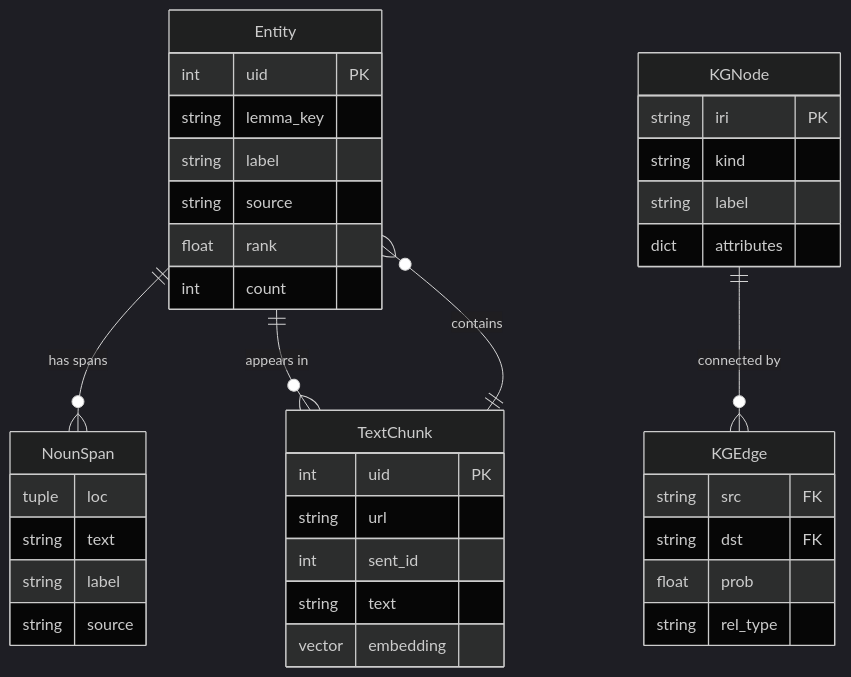
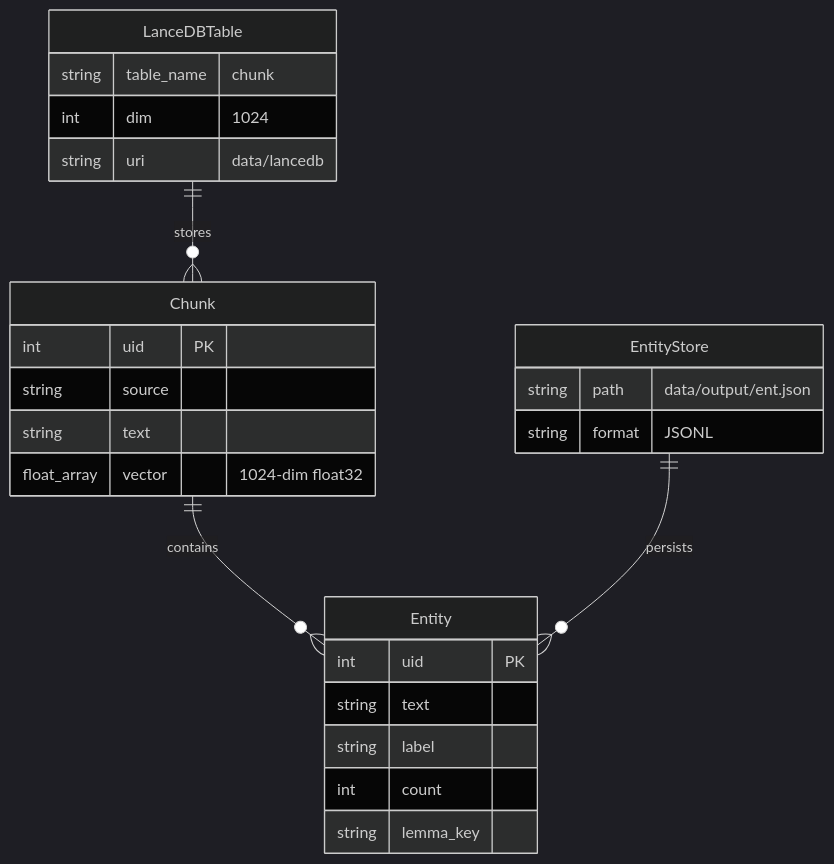
The sixth of 7 diagrams in docs/01_project_structure_and_flow.md (laurus-kpa007/GraphRAG-Senzing), drawn with Mermaid (dark theme) before and after one commit. The commit also changed other lines of this file and 4 other files, not shown here.

````diff
--- a/docs/01_project_structure_and_flow.md
+++ b/docs/01_project_structure_and_flow.md
@@ -350,45 +321,32 @@
 ```mermaid
 erDiagram
+    Chunk {
+        int uid PK
+        string source
+        string text
+        float_array vector "1024-dim float32"
+    }
+
     Entity {
         int uid PK
+        string text
+        string label
+        int count
         string lemma_key
-        string label
-        string source
-        float rank
-        int count
     }
 
-    TextChunk {
-        int uid PK
-        string url
-        int sent_id
-        string text
-        vector embedding
+    LanceDBTable {
+        string table_name "chunk"
+        int dim "1024"
+        string uri "data/lancedb"
     }
 
-    KGNode {
-        string iri PK
-        string kind
-        string label
-        dict attributes
+    EntityStore {
+        string path "data/output/ent.json"
+        string format "JSONL"
     }
 
-    KGEdge {
-        string src FK
-        string dst FK
-        float prob
-        string rel_type
-    }
-
-    NounSpan {
-        tuple loc
-        string text
-        string label
-        string source
-    }
-
-    Entity ||--o{ NounSpan : "has spans"
-    Entity ||--o{ TextChunk : "appears in"
-    KGNode ||--o{ KGEdge : "connected by"
-    TextChunk ||--o{ Entity : "contains"
+    Chunk ||--o{ Entity : "contains"
+    LanceDBTable ||--o{ Chunk : "stores"
+    EntityStore ||--o{ Entity : "persists"
 ```
````
